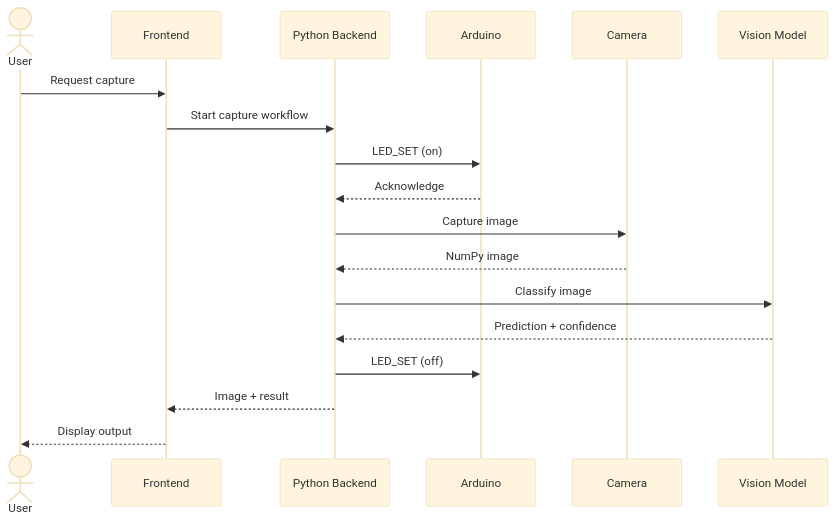
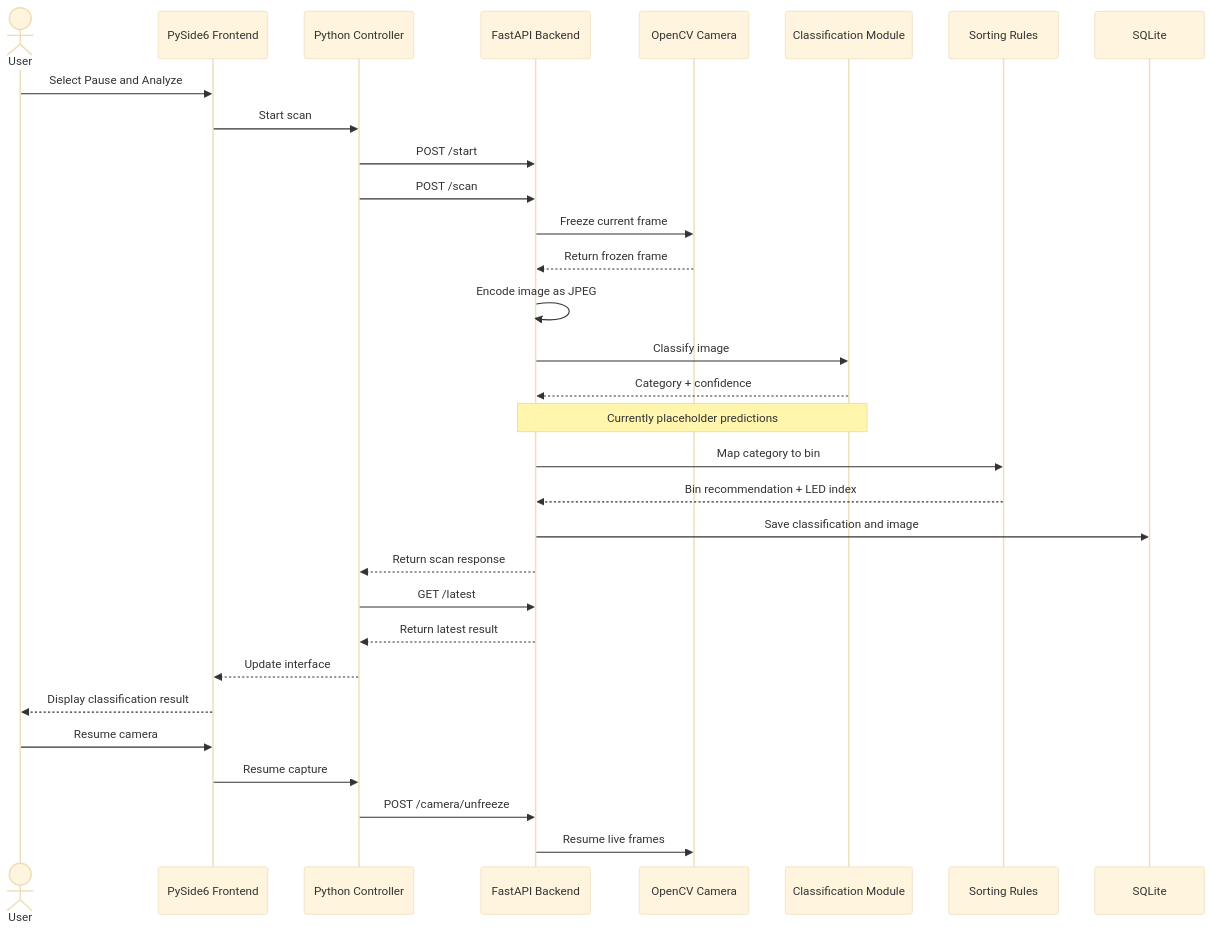
The third of 3 diagrams in SYSTEM_ARCHITECTURE.md (EllawynnS/GarbageSort), drawn with Mermaid (base theme) before and after one commit. The commit also changed other lines of this file, not shown here.

````diff
--- a/SYSTEM_ARCHITECTURE.md
+++ b/SYSTEM_ARCHITECTURE.md
@@ -204,21 +390,35 @@
 ```mermaid
 sequenceDiagram
     actor User
-    participant UI as Frontend
-    participant BE as Python Backend
-    participant Arduino
-    participant Camera
-    participant AI as Vision Model
+    participant UI as PySide6 Frontend
+    participant Controller as Python Controller
+    participant API as FastAPI Backend
+    participant Camera as OpenCV Camera
+    participant AI as Classification Module
+    participant Rules as Sorting Rules
+    participant DB as SQLite
 
-    User->>UI: Request capture
-    UI->>BE: Start capture workflow
-    BE->>Arduino: LED_SET (on)
-    Arduino-->>BE: Acknowledge
-    BE->>Camera: Capture image
-    Camera-->>BE: NumPy image
-    BE->>AI: Classify image
-    AI-->>BE: Prediction + confidence
-    BE->>Arduino: LED_SET (off)
-    BE-->>UI: Image + result
-    UI-->>User: Display output
+    User->>UI: Select Pause and Analyze
+    UI->>Controller: Start scan
+    Controller->>API: POST /start
+    Controller->>API: POST /scan
+    API->>Camera: Freeze current frame
+    Camera-->>API: Return frozen frame
+    API->>API: Encode image as JPEG
+    API->>AI: Classify image
+    AI-->>API: Category + confidence
+    Note over AI,API: Currently placeholder predictions
+    API->>Rules: Map category to bin
+    Rules-->>API: Bin recommendation + LED index
+    API->>DB: Save classification and image
+    API-->>Controller: Return scan response
+    Controller->>API: GET /latest
+    API-->>Controller: Return latest result
+    Controller-->>UI: Update interface
+    UI-->>User: Display classification result
+
+    User->>UI: Resume camera
+    UI->>Controller: Resume capture
+    Controller->>API: POST /camera/unfreeze
+    API->>Camera: Resume live frames
 ```
````
